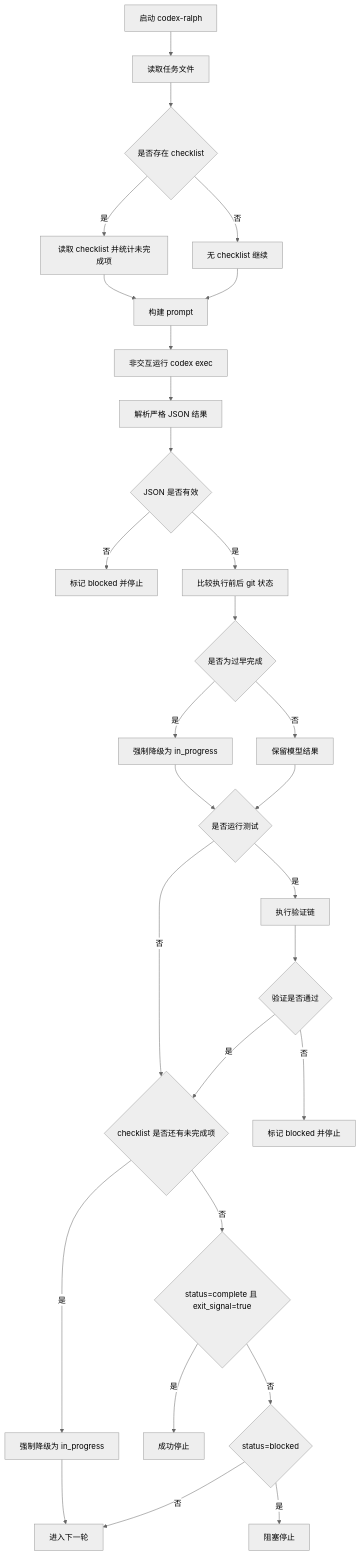
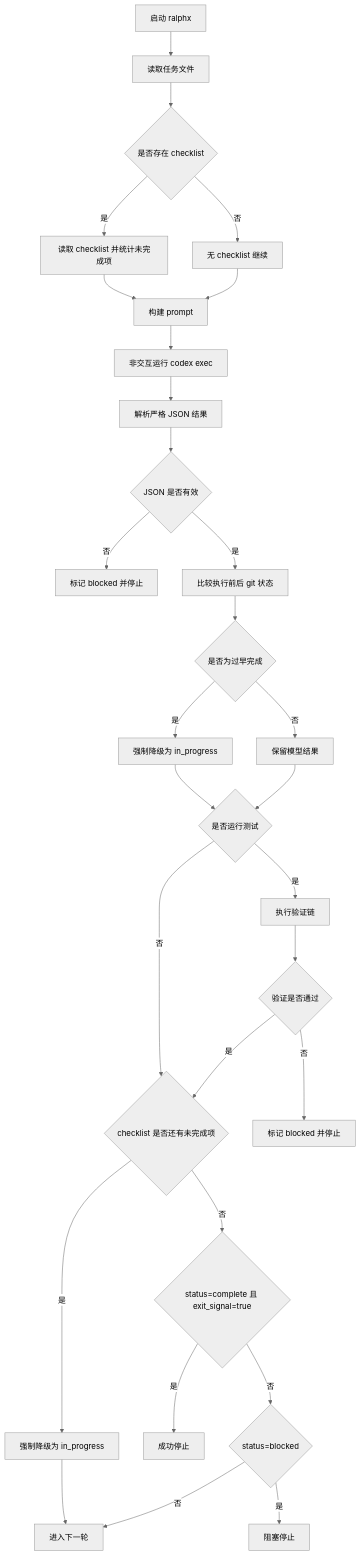
Before and after one commit to ckken/ralphx: the first of 2 diagrams in docs/zh/architecture.md, drawn with Mermaid (neutral theme). The commit also changed other lines of this file and 44 other files, not shown here.

````diff
--- a/docs/zh/architecture.md
+++ b/docs/zh/architecture.md
@@ -7,31 +7,31 @@
 ```mermaid
 flowchart TD
-    A[启动 codex-ralph] --> B[读取任务文件]
+    A[启动 ralphx] --> B[读取任务文件]
     B --> C{是否存在 checklist}
     C -- 是 --> D[读取 checklist 并统计未完成项]
     C -- 否 --> E[无 checklist 继续]
     D --> F[构建 prompt]
     E --> F
     F --> G[非交互运行 codex exec]
     G --> H[解析严格 JSON 结果]
     H --> I{JSON 是否有效}
     I -- 否 --> J[标记 blocked 并停止]
     I -- 是 --> K[比较执行前后 git 状态]
     K --> L{是否为过早完成}
     L -- 是 --> M[强制降级为 in_progress]
     L -- 否 --> N[保留模型结果]
     M --> O{是否运行测试}
     N --> O
     O -- 是 --> P[执行验证链]
     O -- 否 --> Q{checklist 是否还有未完成项}
     P --> R{验证是否通过}
     R -- 否 --> S[标记 blocked 并停止]
     R -- 是 --> Q
     Q -- 是 --> T[强制降级为 in_progress]
     Q -- 否 --> U{status=complete 且 exit_signal=true}
     T --> V[进入下一轮]
     U -- 是 --> W[成功停止]
     U -- 否 --> X{status=blocked}
     X -- 是 --> Y[阻塞停止]
     X -- 否 --> V
 ```
````
